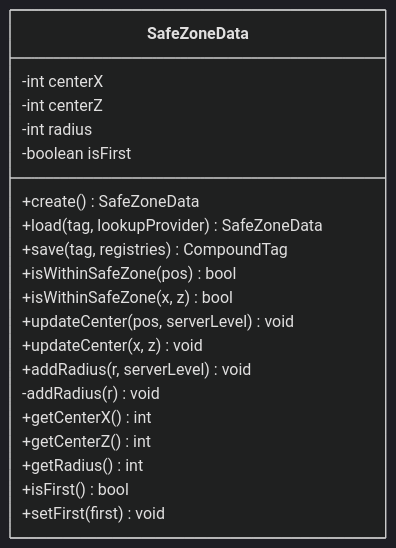
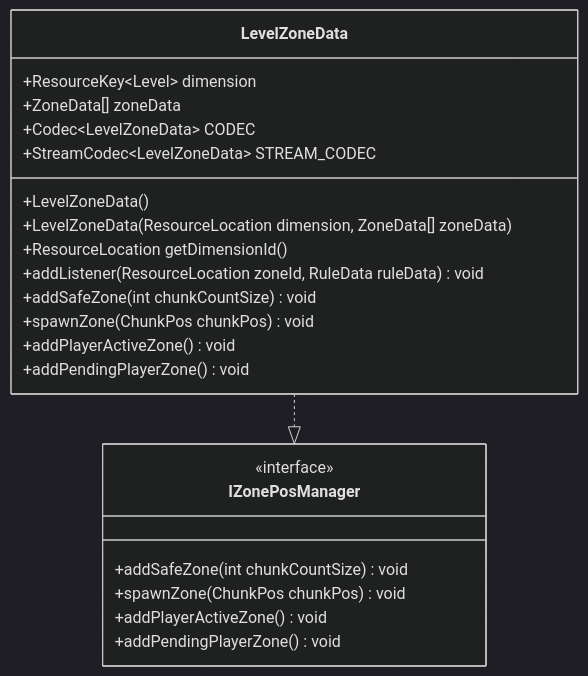
The fourth of 9 diagrams in .qoder/repowiki/zh/content/模块架构/Beyond安全区模块/安全区数据模型.md (Ver-shift/SubModulesGeneHunter), drawn with Mermaid (dark theme) before and after one commit. The commit also changed other lines of this file and 42 other files, not shown here.

````diff
--- a/.qoder/repowiki/zh/content/模块架构/Beyond安全区模块/安全区数据模型.md
+++ b/.qoder/repowiki/zh/content/模块架构/Beyond安全区模块/安全区数据模型.md
@@ -185,23 +245,25 @@
 ```mermaid
 classDiagram
-class SafeZoneData {
--int centerX
--int centerZ
--int radius
--boolean isFirst
-+create() SafeZoneData
-+load(tag, lookupProvider) SafeZoneData
-+save(tag, registries) CompoundTag
-+isWithinSafeZone(pos) bool
-+isWithinSafeZone(x, z) bool
-+updateCenter(pos, serverLevel) void
-+updateCenter(x, z) void
-+addRadius(r, serverLevel) void
--addRadius(r) void
-+getCenterX() int
-+getCenterZ() int
-+getRadius() int
-+isFirst() bool
-+setFirst(first) void
+class LevelZoneData {
++ResourceKey~Level~ dimension
++ZoneData[] zoneData
++Codec~LevelZoneData~ CODEC
++StreamCodec~LevelZoneData~ STREAM_CODEC
++LevelZoneData()
++LevelZoneData(ResourceLocation dimension, ZoneData[] zoneData)
++ResourceLocation getDimensionId()
++addListener(ResourceLocation zoneId, RuleData ruleData) void
++addSafeZone(int chunkCountSize) void
++spawnZone(ChunkPos chunkPos) void
++addPlayerActiveZone() void
++addPendingPlayerZone() void
 }
+class IZonePosManager {
+<<interface>>
++addSafeZone(int chunkCountSize) void
++spawnZone(ChunkPos chunkPos) void
++addPlayerActiveZone() void
++addPendingPlayerZone() void
+}
+LevelZoneData ..|> IZonePosManager
 ```
````
